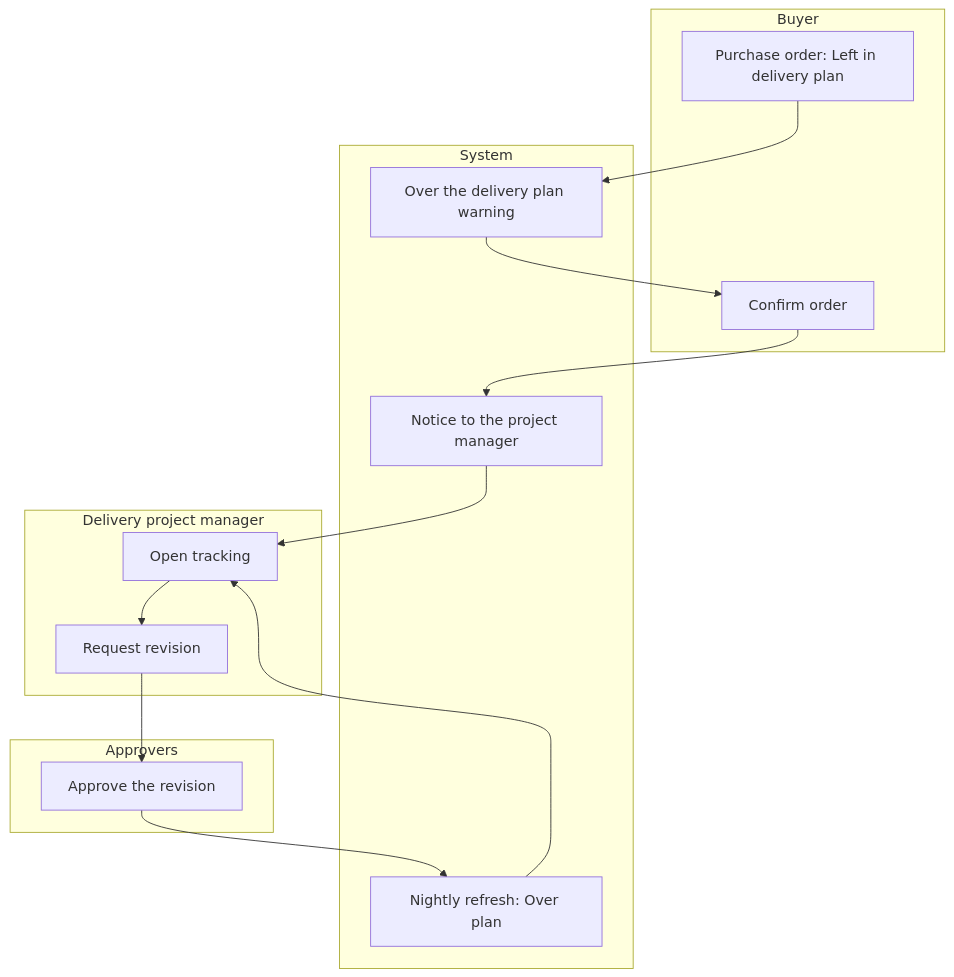
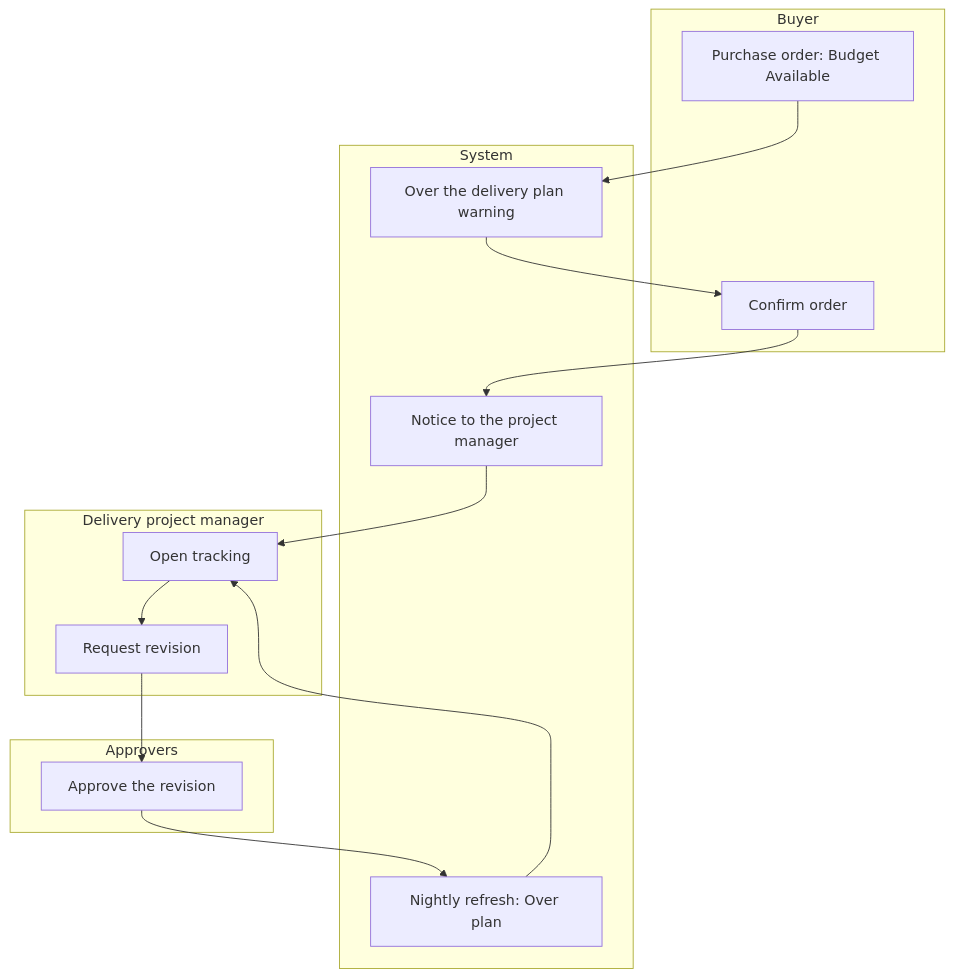
The second of 2 diagrams in training-portal/src/content/docs/projects/workflows/budget-status.mdx (dennokorir/tritel_erp_training), drawn with Mermaid before and after one commit. The commit also changed other lines of this file and 146 other files, not shown here.

First line of the commit message:
docs(training-portal): Project Delivery sync to tritel-addons 5d691a8 (Delivery Budgets, project codes, budget commitments)

````diff
--- a/training-portal/src/content/docs/projects/workflows/budget-status.mdx
+++ b/training-portal/src/content/docs/projects/workflows/budget-status.mdx
@@ -56,22 +60,22 @@
 ```mermaid
 flowchart TD
 %% docs-sync: shows tritel_project_delivery:cron:ir_cron_refresh_tracking, tritel_project_delivery:field:project.project.track_left, tritel_project_delivery:group:group_delivery_pm, tritel_project_delivery:menu:menu_delivery_config, tritel_project_delivery:menu:menu_delivery_root, tritel_project_delivery:view_ext:project.edit_project:button:request-revision, tritel_project_delivery:view_ext:purchase.purchase_order_form:button:left-in-delivery-plan
   subgraph Buyer["Buyer"]
-    B1["Purchase order: Left in delivery plan"]
+    B1["Purchase order: Budget Available"]
     B2["Confirm order"]
   end
   subgraph Sys["System"]
     S1["Over the delivery plan warning"]
     S2["Notice to the project manager"]
     S3["Nightly refresh: Over plan"]
   end
   subgraph PM["Delivery project manager"]
     P1["Open tracking"]
     P2["Request revision"]
   end
   subgraph Appr["Approvers"]
     A1["Approve the revision"]
   end
   B1 --> S1 --> B2 --> S2 --> P1
   S3 --> P1 --> P2 --> A1 --> S3
 ```
````
